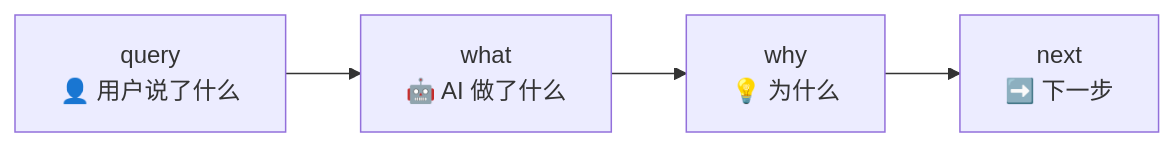
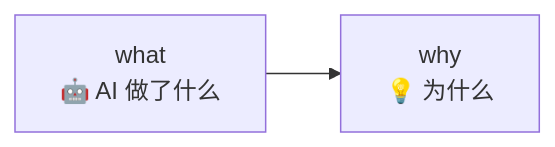
The second of 4 diagrams in docs/CN/cli.md (dozybot001/Intent), drawn with Mermaid before and after one commit. The commit also changed other lines of this file and 3 other files, not shown here.

First line of the commit message:
Remove query and next fields from CLI: simplify objects for retrospective mode

````diff
--- a/docs/CN/cli.md
+++ b/docs/CN/cli.md
@@ -59,4 +59,4 @@
 ```mermaid
 flowchart LR
-  Q["query\n👤 用户说了什么"] --> W["what\n🤖 AI 做了什么"] --> Y["why\n💡 为什么"] --> N["next\n➡️ 下一步"]
+  W["what\n🤖 AI 做了什么"] --> Y["why\n💡 为什么"]
 ```
````
